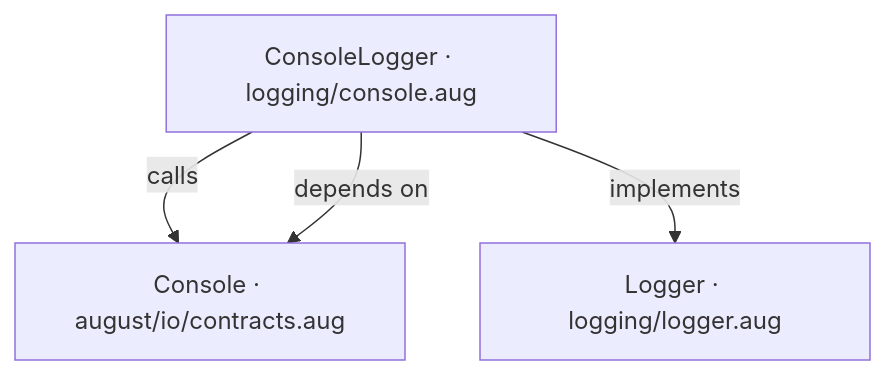
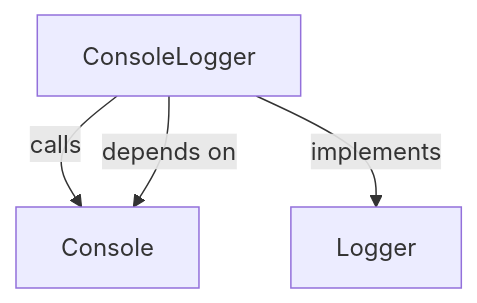
One commit to GreenPandaStudios/augscript changed the first of 3 diagrams in docs/examples/developer-workflow/logging/console-diagrams.md. Above: the diagram before and after it, drawn with Mermaid. The commit also changed other lines of this file and 524 other files, not shown here.

Commit message:
Explain checked data flow at folder and service levels

````diff
--- a/docs/examples/developer-workflow/logging/console-diagrams.md
+++ b/docs/examples/developer-workflow/logging/console-diagrams.md
@@ -19,9 +19,9 @@
 ```mermaid
 flowchart TD
-    n0["Console · august/io/contracts.aug"]
-    n1["ConsoleLogger · logging/console.aug"]
-    n2["Logger · logging/logger.aug"]
+    n0["Console"]
+    n1["ConsoleLogger"]
+    n2["Logger"]
     n1 -->|"calls"| n0
     n1 -->|"depends on"| n0
     n1 -->|"implements"| n2
 ```
````
